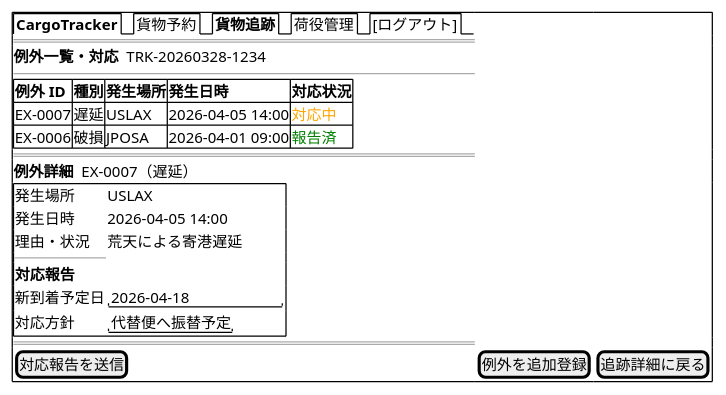
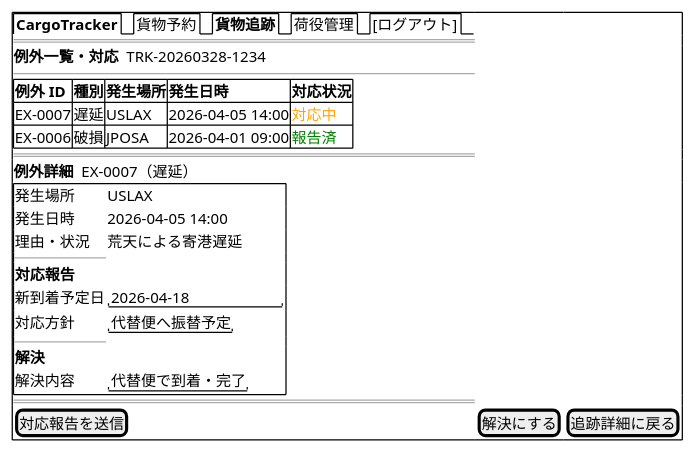
One commit to k2works/case-study-cargo-tracker changed diagram 17 of 19 in docs/design/ui_design.md. Above: the diagram before and after it, drawn with PlantUML. The commit also changed other lines of this file and 3 other files, not shown here.

````diff
--- a/docs/design/ui_design.md
+++ b/docs/design/ui_design.md
@@ -959,28 +960,31 @@
 ```plantuml
 @startsalt
 {+
   {/ <b>CargoTracker</b> | 貨物予約 | <b>貨物追跡</b> | 荷役管理 | [ログアウト] }
   ==
   <b>例外一覧・対応</b>  TRK-20260328-1234
   --
   {#
     **例外 ID** | **種別** | **発生場所** | **発生日時**     | **対応状況**
     EX-0007     | 遅延     | USLAX        | 2026-04-05 14:00 | <color:orange>対応中</color>
     EX-0006     | 破損     | JPOSA        | 2026-04-01 09:00 | <color:green>報告済</color>
   }
   ==
   <b>例外詳細</b>  EX-0007（遅延）
   {+
     発生場所   | USLAX
     発生日時   | 2026-04-05 14:00
     理由・状況 | 荒天による寄港遅延
     ----
     <b>対応報告</b>
     新到着予定日 | "2026-04-18       "
     対応方針     | "代替便へ振替予定   "
+    ----
+    <b>解決</b>
+    解決内容     | "代替便で到着・完了 "
   }
   ==
-  [対応報告を送信] | [例外を追加登録] | [追跡詳細に戻る]
+  [対応報告を送信] | [解決にする] | [追跡詳細に戻る]
 }
 @endsalt
 ```
````
